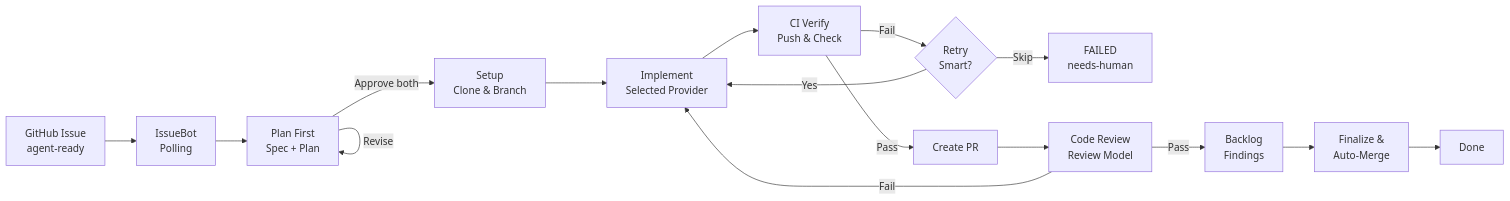
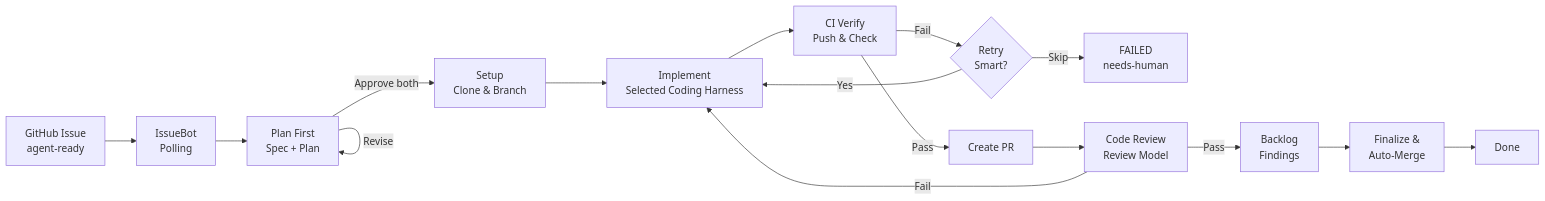
One commit to dbbaskette/IssueBot changed the first of 2 diagrams in README.md. Above: the diagram before and after it, drawn with Mermaid. The commit also changed other lines of this file and 4 other files, not shown here.

````diff
--- a/README.md
+++ b/README.md
@@ -21,18 +21,18 @@
 ```mermaid
 flowchart LR
     A[GitHub Issue<br>agent-ready] --> B[IssueBot<br>Polling]
     B --> P[Plan First<br>Spec + Plan]
     P -->|Revise| P
     P -->|Approve both| C[Setup<br>Clone & Branch]
-    C --> D[Implement<br>Selected Provider]
+    C --> D[Implement<br>Selected Coding Harness]
     D --> E[CI Verify<br>Push & Check]
     E -->|Fail| F{Retry<br>Smart?}
     F -->|Skip| G[FAILED<br>needs-human]
     F -->|Yes| D
     E -->|Pass| H[Create PR]
     H --> I[Code Review<br>Review Model]
     I -->|Fail| D
     I -->|Pass| J[Backlog<br>Findings]
     J --> K[Finalize &<br>Auto-Merge]
     K --> L[Done]
 ```
````
